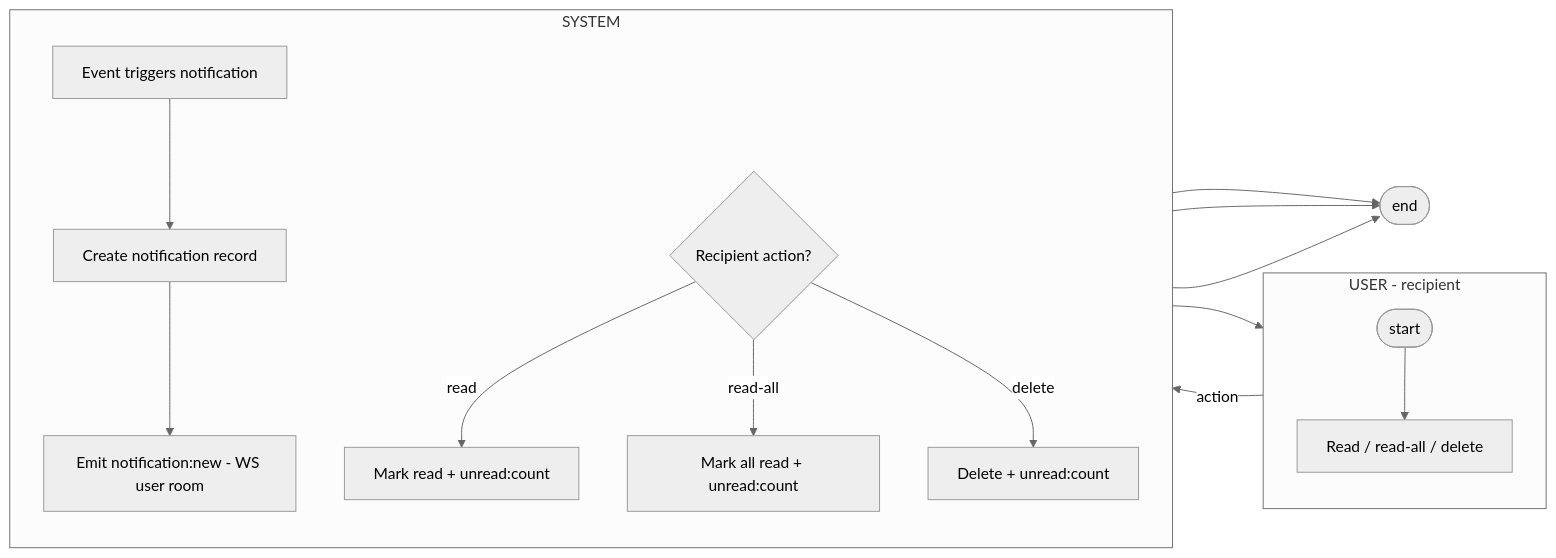
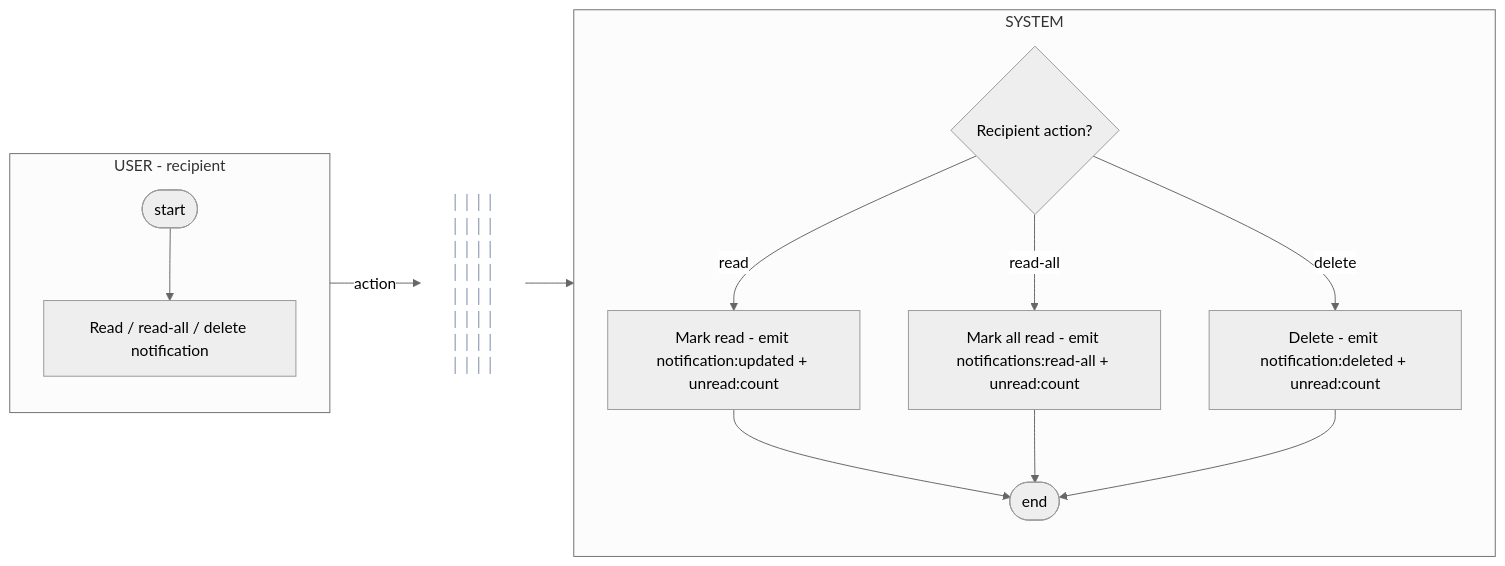
Diagram 12 of 12 in docs/diagrams/04-1-activity-diagram.md (urlsalimbot/THESIS1-KAPWA), drawn with Mermaid (neutral theme) before and after one commit. The commit also changed other lines of this file, not shown here.

Commit message:
docs: add vertical divider line between user and system lanes in activity diagrams

````diff
--- a/docs/diagrams/04-1-activity-diagram.md
+++ b/docs/diagrams/04-1-activity-diagram.md
@@ -390,27 +357,20 @@
 ```mermaid
 flowchart LR
     subgraph U["USER - recipient"]
         direction TB
-        A([start]) --> B[Read / read-all / delete]
+        A([start]) --> B[Read / read-all / delete notification]
     end
     subgraph S["SYSTEM"]
         direction TB
-        C[Event triggers notification]
-        D[Create notification record]
-        E[Emit notification:new - WS user room]
         F{Recipient action?}
-        G[Mark read + unread:count]
-        H[Mark all read + unread:count]
-        I[Delete + unread:count]
+        F -- read --> G[Mark read - emit notification:updated + unread:count]
+        F -- read-all --> H[Mark all read - emit notifications:read-all + unread:count]
+        F -- delete --> I[Delete - emit notification:deleted + unread:count]
+        G --> J([end])
+        H --> J
+        I --> J
     end
-    C --> D
-    D --> E
-    E --> B
-    B -->|"action"| F
-    F -- read --> G
-    F -- read-all --> H
-    F -- delete --> I
-    G --> J([end])
-    H --> J
-    I --> J
+    DIV["││││<br/>││││<br/>││││<br/>││││<br/>││││<br/>││││<br/>││││<br/>││││"]
+    B -->|"action"| DIV --> F
+    style DIV fill:none,stroke:none,color:#94a3b8,font-size:16px,font-weight:bold
 ```
````
